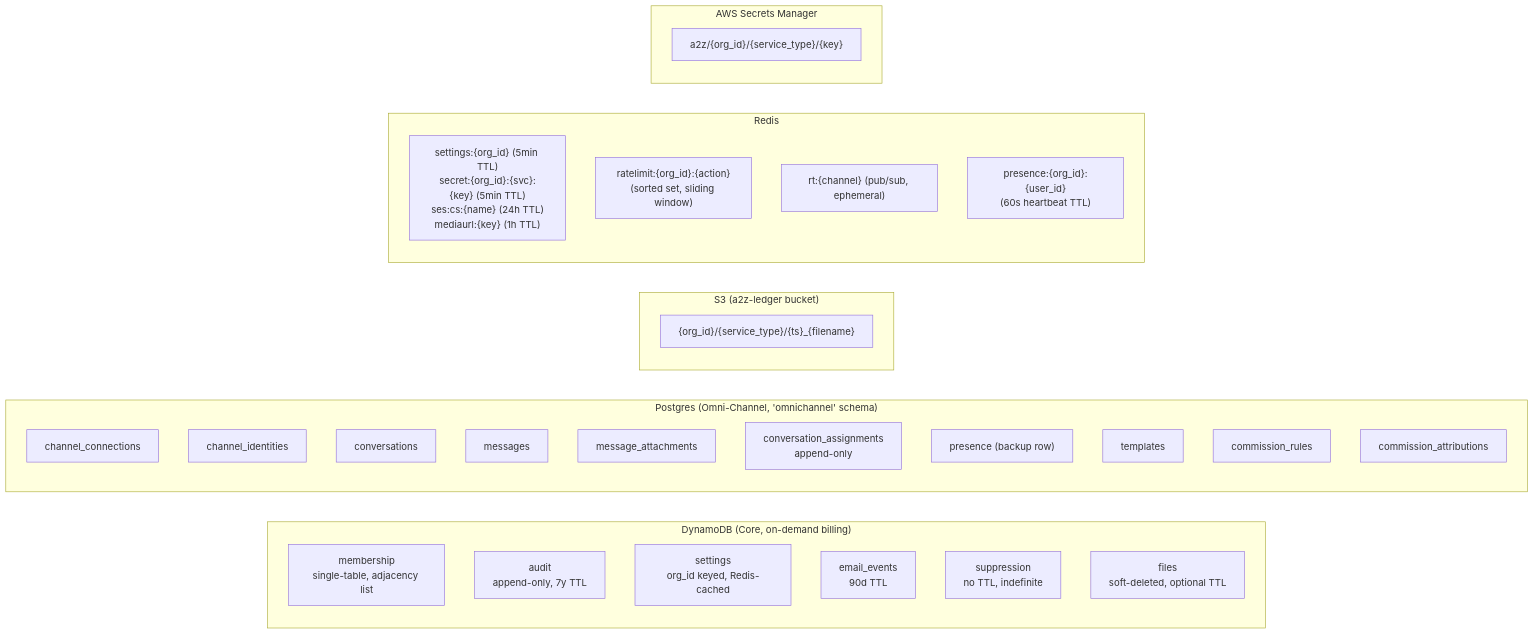
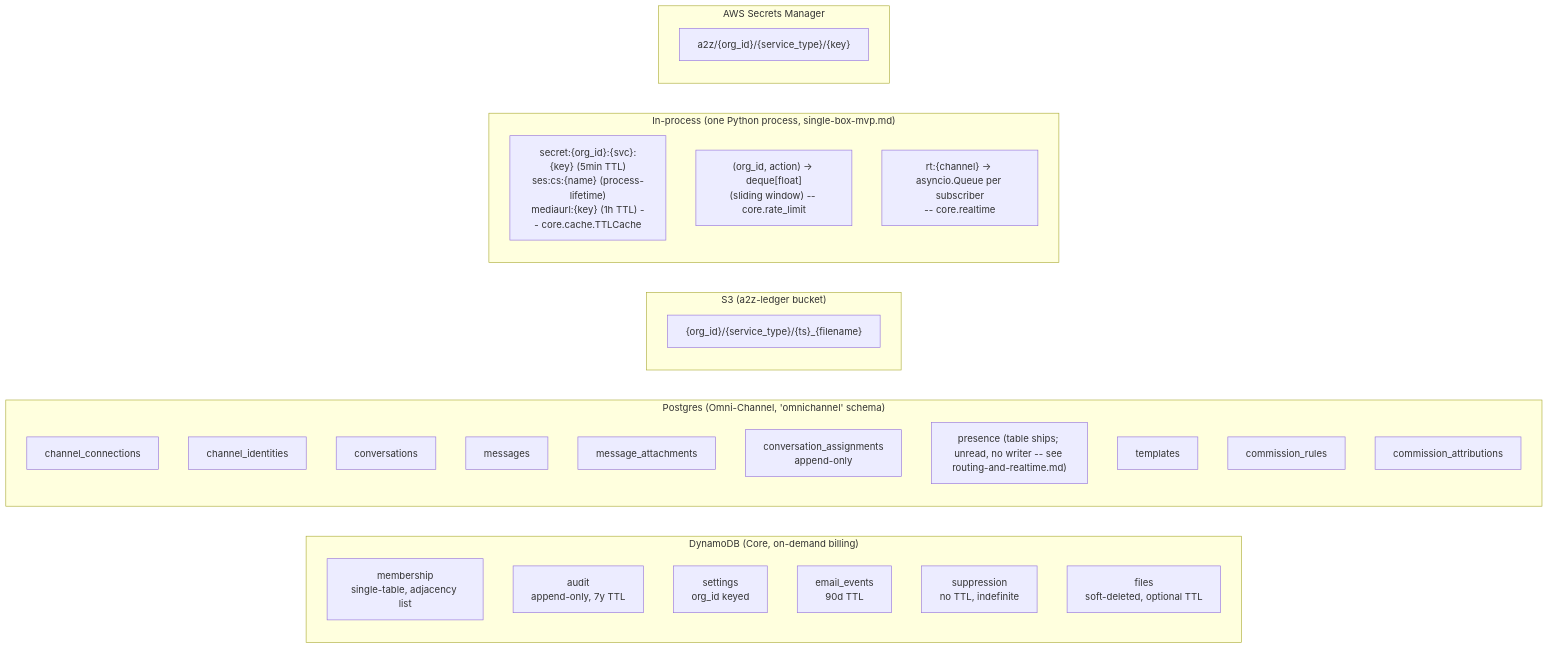
One commit to RafaelOjeda/A2Z-Core changed the first of 4 diagrams in docs/architecture/data-flow.md. Above: the diagram before and after it, drawn with Mermaid. The commit also changed other lines of this file and 32 other files, not shown here.

````diff
--- a/docs/architecture/data-flow.md
+++ b/docs/architecture/data-flow.md
@@ -8,35 +8,34 @@
 ```mermaid
 flowchart LR
     subgraph DDB["DynamoDB (Core, on-demand billing)"]
         M["membership\nsingle-table, adjacency list"]
         A["audit\nappend-only, 7y TTL"]
-        S["settings\norg_id keyed, Redis-cached"]
+        S["settings\norg_id keyed"]
         EE["email_events\n90d TTL"]
         SUP["suppression\nno TTL, indefinite"]
         F["files\nsoft-deleted, optional TTL"]
     end
     subgraph PG["Postgres (Omni-Channel, 'omnichannel' schema)"]
         CC["channel_connections"]
         CI["channel_identities"]
         CONV["conversations"]
         MSG["messages"]
         MA["message_attachments"]
         CA["conversation_assignments\nappend-only"]
-        PR["presence (backup row)"]
+        PR["presence (table ships; unread, no writer -- see routing-and-realtime.md)"]
         TPL["templates"]
         CR["commission_rules"]
         CAT["commission_attributions"]
     end
     subgraph S3B["S3 (a2z-ledger bucket)"]
         Files["{org_id}/{service_type}/{ts}_{filename}"]
     end
-    subgraph RedisD["Redis"]
-        Cache["settings:{org_id} (5min TTL)\nsecret:{org_id}:{svc}:{key} (5min TTL)\nses:cs:{name} (24h TTL)\nmediaurl:{key} (1h TTL)"]
-        RL["ratelimit:{org_id}:{action}\n(sorted set, sliding window)"]
-        PubSub["rt:{channel} (pub/sub, ephemeral)"]
-        Presence["presence:{org_id}:{user_id}\n(60s heartbeat TTL)"]
+    subgraph InProcess["In-process (one Python process, single-box-mvp.md)"]
+        Cache["secret:{org_id}:{svc}:{key} (5min TTL)\nses:cs:{name} (process-lifetime)\nmediaurl:{key} (1h TTL) -- core.cache.TTLCache"]
+        RL["(org_id, action) -> deque[float]\n(sliding window) -- core.rate_limit"]
+        PubSub["rt:{channel} -> asyncio.Queue per subscriber\n-- core.realtime"]
     end
     subgraph SecretsMgr["AWS Secrets Manager"]
         Sec["a2z/{org_id}/{service_type}/{key}"]
     end
 ```
````
